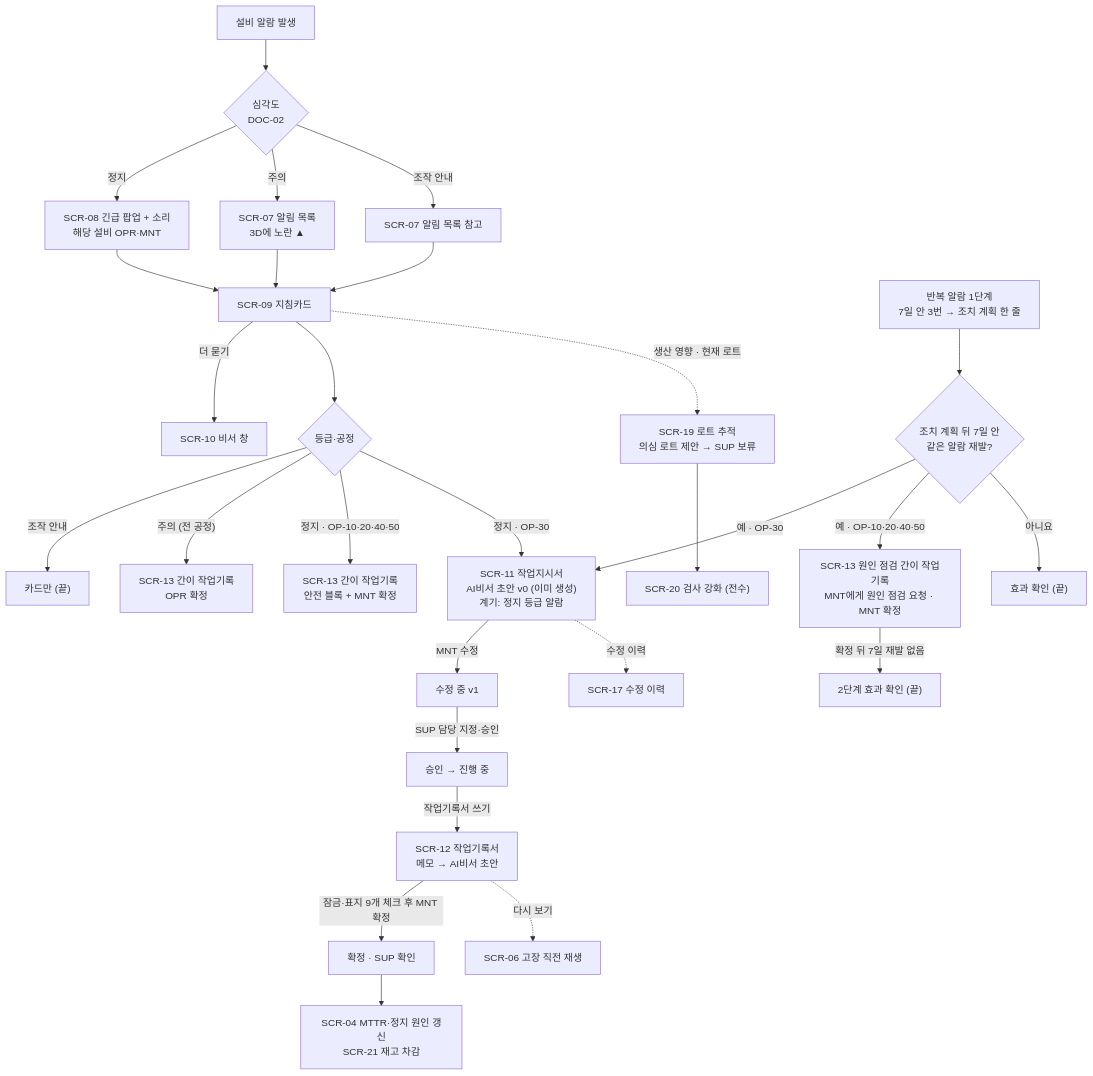
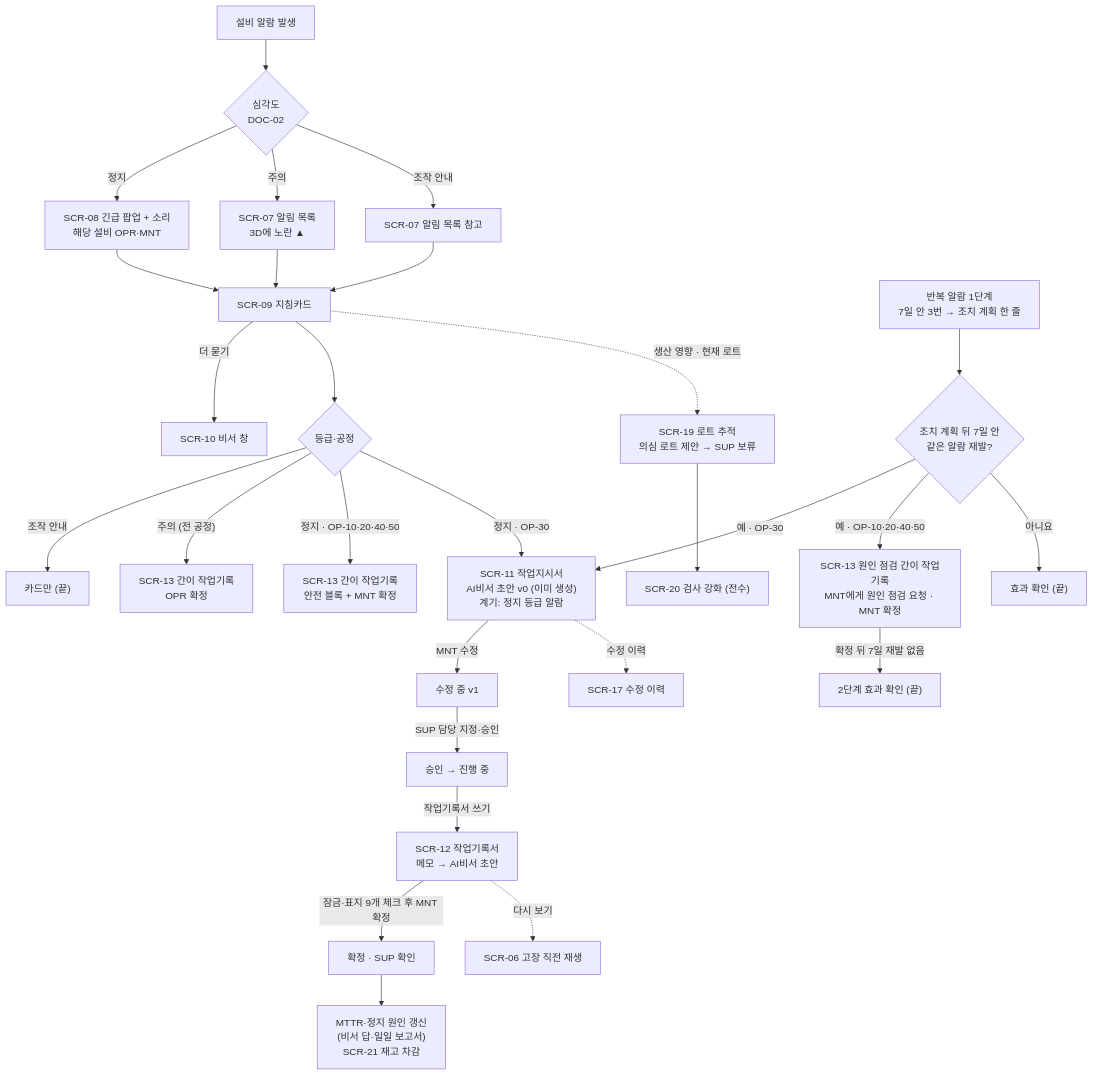
The second of 3 diagrams in 11_automotive/UI설계서_최종본.md (Ion-Mill/VF-2), drawn with Mermaid before and after one commit. The commit also changed other lines of this file and 13 other files, not shown here.

````diff
--- a/11_automotive/UI설계서_최종본.md
+++ b/11_automotive/UI설계서_최종본.md
@@ -405,30 +408,30 @@
 ```mermaid
 flowchart TD
     A["설비 알람 발생"] --> SEV{"심각도<br/>DOC-02"}
     SEV -- "정지" --> POP["SCR-08 긴급 팝업 + 소리<br/>해당 설비 OPR·MNT"]
     SEV -- "주의" --> LST["SCR-07 알림 목록<br/>3D에 노란 ▲"]
     SEV -- "조작 안내" --> LST2["SCR-07 알림 목록 참고"]
     POP --> CARD["SCR-09 지침카드"]
     LST --> CARD
     LST2 --> CARD
     CARD -- "더 묻기" --> ASK["SCR-10 비서 창"]
     CARD --> F{"등급·공정"}
     F -- "조작 안내" --> END1["카드만 (끝)"]
     F -- "주의 (전 공정)" --> SIMPLE_O["SCR-13 간이 작업기록<br/>OPR 확정"]
     F -- "정지 · OP-10·20·40·50" --> SIMPLE_M["SCR-13 간이 작업기록<br/>안전 블록 + MNT 확정"]
     F -- "정지 · OP-30" --> WO["SCR-11 작업지시서<br/>AI비서 초안 v0 (이미 생성)<br/>계기: 정지 등급 알람"]
     RP1["반복 알람 1단계<br/>7일 안 3번 → 조치 계획 한 줄"] --> RP2{"조치 계획 뒤 7일 안<br/>같은 알람 재발?"}
     RP2 -- "예 · OP-30" --> WO
     RP2 -- "예 · OP-10·20·40·50" --> SIMPLE_C["SCR-13 원인 점검 간이 작업기록<br/>MNT에게 원인 점검 요청 · MNT 확정"]
     RP2 -- "아니요" --> END2["효과 확인 (끝)"]
     SIMPLE_C -- "확정 뒤 7일 재발 없음" --> END3["2단계 효과 확인 (끝)"]
     WO -- "MNT 수정" --> WO2["수정 중 v1"]
     WO2 -- "SUP 담당 지정·승인" --> WO3["승인 → 진행 중"]
     WO3 -- "작업기록서 쓰기" --> MR["SCR-12 작업기록서<br/>메모 → AI비서 초안"]
     MR -- "잠금·표지 9개 체크 후 MNT 확정" --> DONE["확정 · SUP 확인"]
-    DONE --> UPD["SCR-04 MTTR·정지 원인 갱신<br/>SCR-21 재고 차감"]
+    DONE --> UPD["MTTR·정지 원인 갱신<br/>(비서 답·일일 보고서)<br/>SCR-21 재고 차감"]
     MR -. "다시 보기" .-> RP["SCR-06 고장 직전 재생"]
     WO -. "수정 이력" .-> HIS["SCR-17 수정 이력"]
     CARD -. "생산 영향 · 현재 로트" .-> LOT["SCR-19 로트 추적<br/>의심 로트 제안 → SUP 보류"]
     LOT --> QLT["SCR-20 검사 강화 (전수)"]
 ```
````
